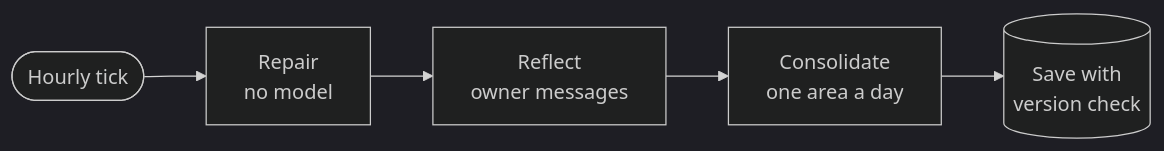
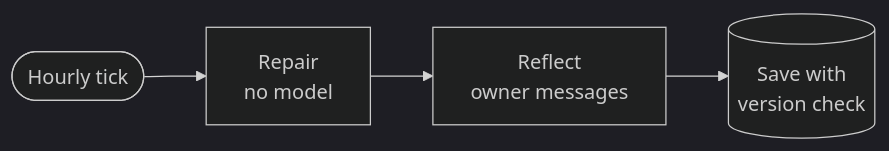
Before and after one commit to KrishBhimani/nod: the second of 2 diagrams in docs/src/content/docs/how-it-works/memory.md, drawn with Mermaid (dark theme). The commit also changed other lines of this file and 123 other files, not shown here.

````diff
--- a/docs/src/content/docs/how-it-works/memory.md
+++ b/docs/src/content/docs/how-it-works/memory.md
@@ -83,7 +84,6 @@
 ```mermaid
 flowchart LR
   tick([Hourly tick]):::muted --> repair[Repair<br/>no model]:::go
   repair --> reflect[Reflect<br/>owner messages]:::accent
-  reflect --> consolidate[Consolidate<br/>one area a day]
-  consolidate --> write[(Save with<br/>version check)]
+  reflect --> write[(Save with<br/>version check)]
 ```
````
